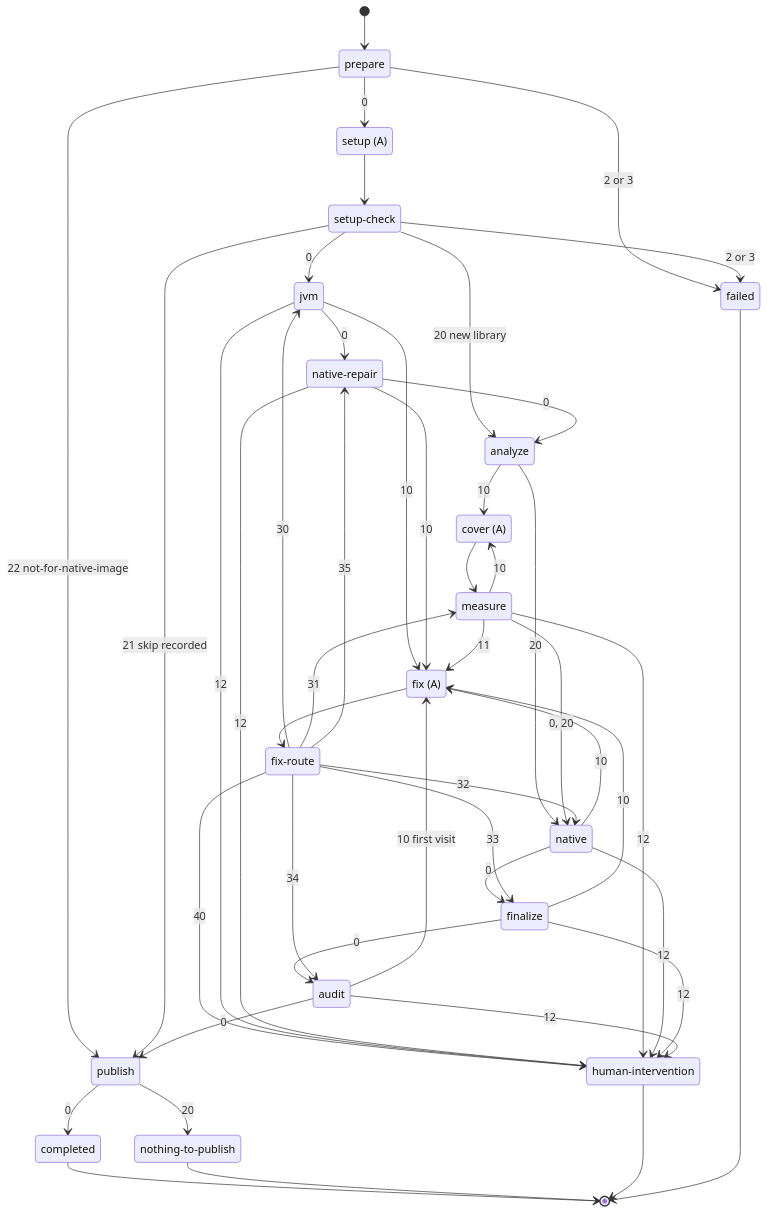
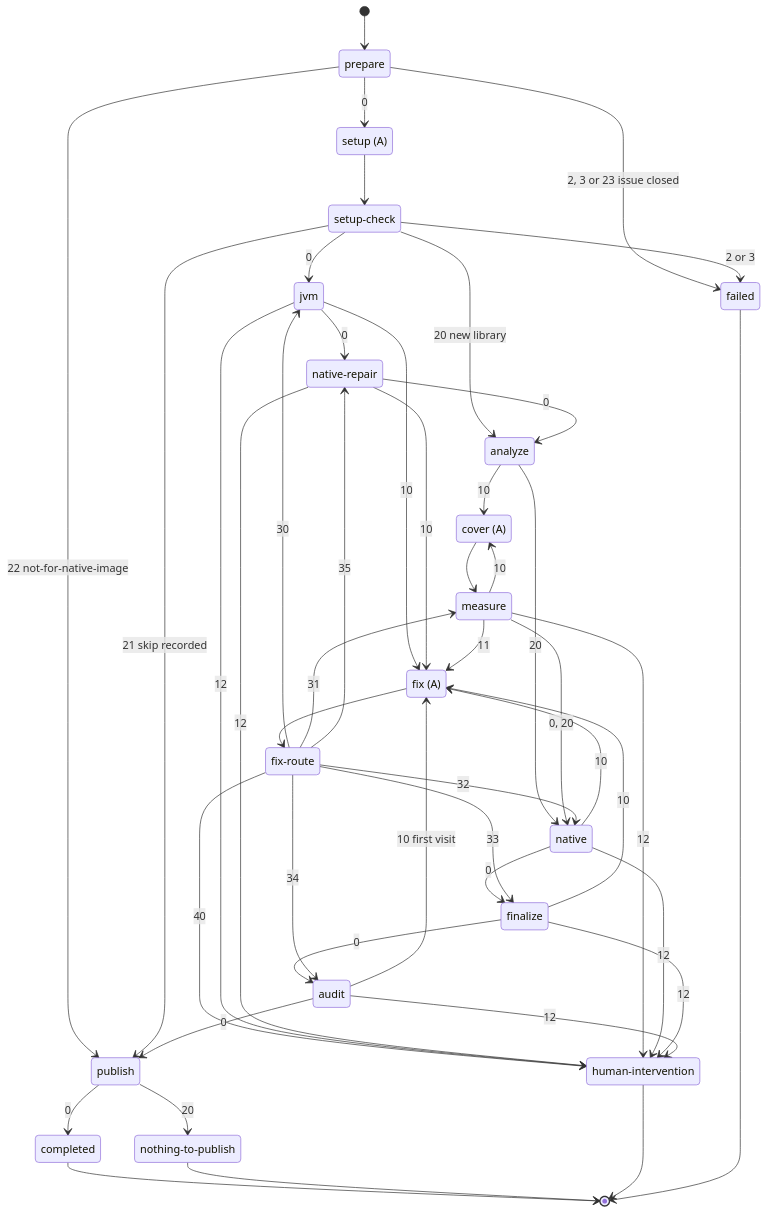
The diagram in forge/docs/architecture/workflow-pipeline.md (oracle/graalvm-reachability-metadata), drawn with Mermaid before and after one commit. The commit also changed other lines of this file and 1 other file, not shown here.

Commit message:
Forge spec: an issue closed after the claim leaves the queue without a label

````diff
--- a/forge/docs/architecture/workflow-pipeline.md
+++ b/forge/docs/architecture/workflow-pipeline.md
@@ -116,57 +118,57 @@
 ```mermaid
 stateDiagram-v2
     state "setup (A)" as setup
     state "cover (A)" as cover
     state "fix (A)" as fix
     state "fix-route" as route
     state "native-repair" as nrepair
     state "nothing-to-publish" as nothing
     state "human-intervention" as human
 
     [*] --> prepare
     prepare --> setup: 0
     prepare --> publish: 22 not-for-native-image
-    prepare --> failed: 2 or 3
+    prepare --> failed: 2, 3 or 23 issue closed
     state "setup-check" as check
     setup --> check
     check --> jvm: 0
     check --> analyze: 20 new library
     check --> publish: 21 skip recorded
     check --> failed: 2 or 3
     jvm --> nrepair: 0
     jvm --> fix: 10
     nrepair --> analyze: 0
     nrepair --> fix: 10
     analyze --> cover: 10
     analyze --> native: 20
     cover --> measure
     measure --> cover: 10
     measure --> fix: 11
     measure --> native: 0, 20
     native --> finalize: 0
     native --> fix: 10
     finalize --> audit: 0
     finalize --> fix: 10
     audit --> fix: 10 first visit
     audit --> publish: 0
     fix --> route
     route --> jvm: 30
     route --> measure: 31
     route --> native: 32
     route --> finalize: 33
     route --> audit: 34
     route --> nrepair: 35
     route --> human: 40
     jvm --> human: 12
     nrepair --> human: 12
     measure --> human: 12
     native --> human: 12
     finalize --> human: 12
     audit --> human: 12
     publish --> completed: 0
     publish --> nothing: 20
     completed --> [*]
     nothing --> [*]
     human --> [*]
     failed --> [*]
 ```
````
